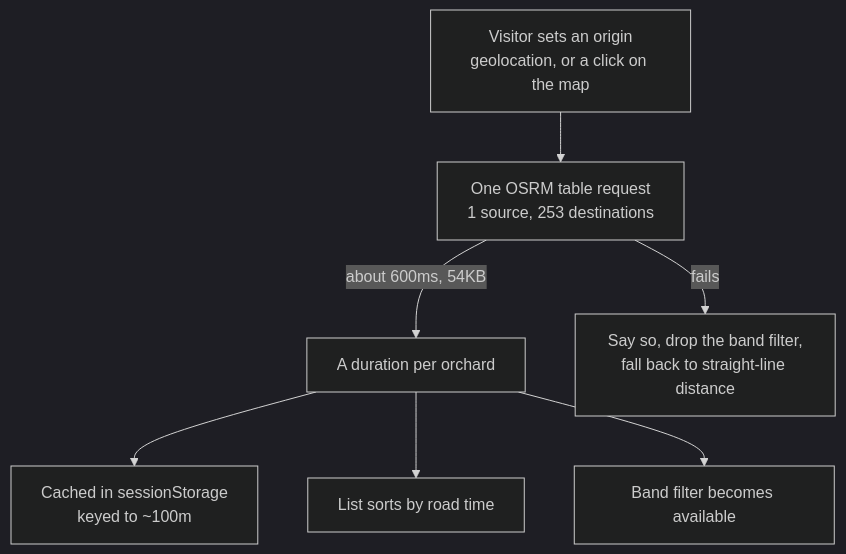
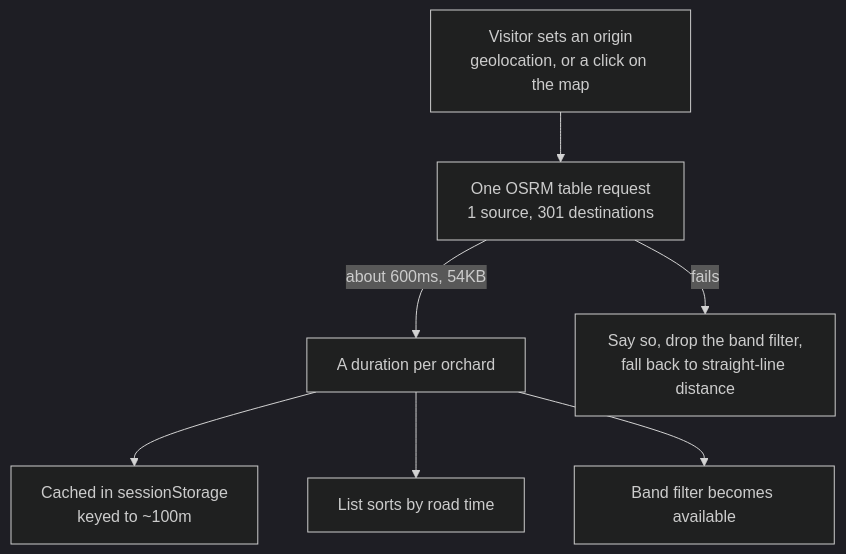
Before and after one commit to minormending/orchard-map: the third of 5 diagrams in docs/frontend.md, drawn with Mermaid (dark theme). The commit also changed other lines of this file and 16 other files, not shown here.

````diff
--- a/docs/frontend.md
+++ b/docs/frontend.md
@@ -99,9 +99,9 @@
 ```mermaid
 flowchart TD
-    SET["Visitor sets an origin<br/>geolocation, or a click on the map"] --> REQ["One OSRM table request<br/>1 source, 253 destinations"]
+    SET["Visitor sets an origin<br/>geolocation, or a click on the map"] --> REQ["One OSRM table request<br/>1 source, 301 destinations"]
     REQ -->|"about 600ms, 54KB"| TIMES["A duration per orchard"]
     TIMES --> CACHE["Cached in sessionStorage<br/>keyed to ~100m"]
     TIMES --> SORT["List sorts by road time"]
     TIMES --> BAND["Band filter becomes available"]
     REQ -->|"fails"| FALL["Say so, drop the band filter,<br/>fall back to straight-line distance"]
 ```
````
